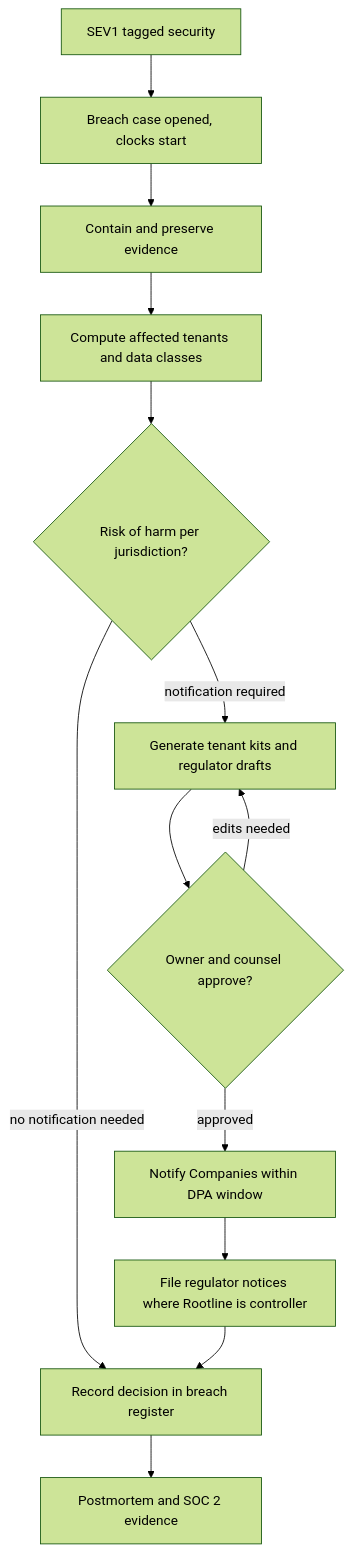
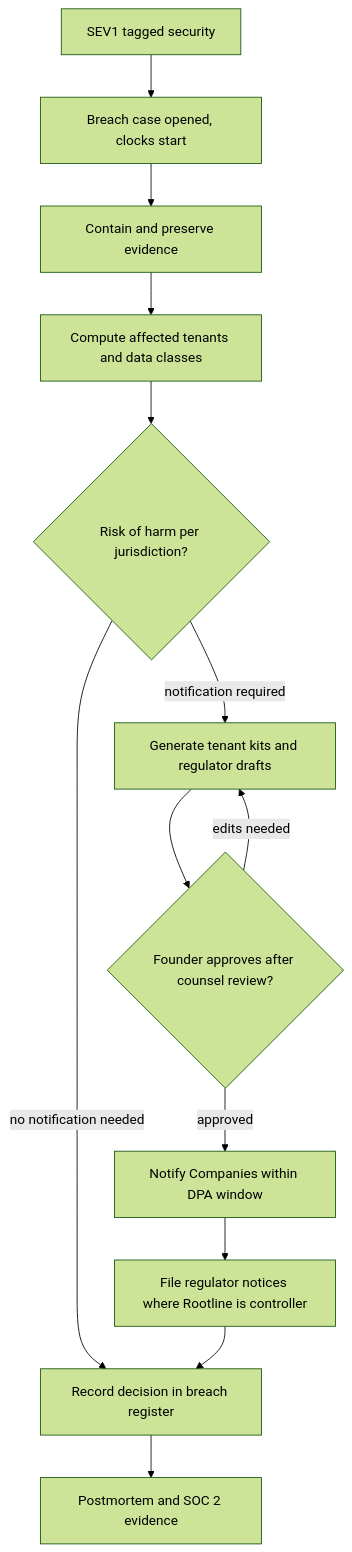
The tenth of 13 diagrams in docs/19-platform-admin-portal.md (jdinard/landscape), drawn with Mermaid (forest theme) before and after one commit. The commit also changed other lines of this file and 42 other files, not shown here.

````diff
--- a/docs/19-platform-admin-portal.md
+++ b/docs/19-platform-admin-portal.md
@@ -1207,15 +1213,15 @@
 ```mermaid
 flowchart TD
     SI["SEV1 tagged security"] --> BC["Breach case opened, clocks start"]
     BC --> CT["Contain and preserve evidence"]
     CT --> SC["Compute affected tenants and data classes"]
     SC --> RA{"Risk of harm per jurisdiction?"}
     RA -->|"no notification needed"| REG["Record decision in breach register"]
     RA -->|"notification required"| KIT["Generate tenant kits and regulator drafts"]
-    KIT --> AP{"Owner and counsel approve?"}
+    KIT --> AP{"Founder approves after counsel review?"}
     AP -->|"edits needed"| KIT
     AP -->|approved| NT["Notify Companies within DPA window"]
     NT --> RG["File regulator notices where Rootline is controller"]
     RG --> REG
     REG --> PM2["Postmortem and SOC 2 evidence"]
 ```
````
